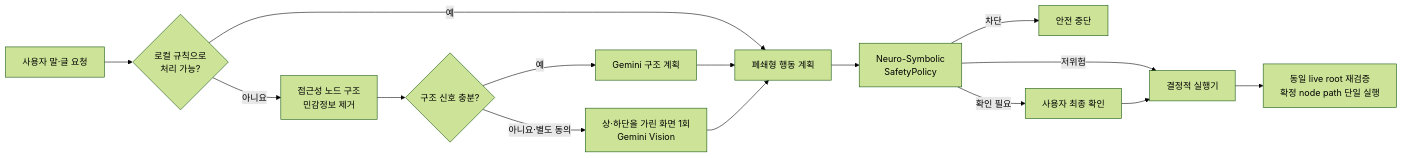
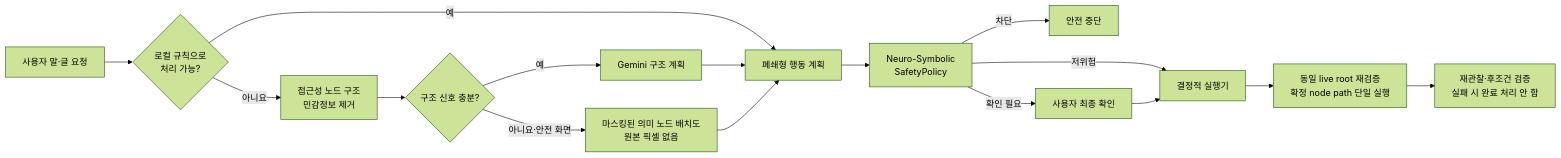
Before and after one commit to hwanghj09/sonju: the diagram in README.md, drawn with Mermaid (forest theme). The commit also changed other lines of this file and 23 other files, not shown here.

````diff
--- a/README.md
+++ b/README.md
@@ -38,17 +40,18 @@
 ```mermaid
 flowchart LR
     U["사용자 말·글 요청"] --> L{"로컬 규칙으로<br/>처리 가능?"}
     L -->|예| P["폐쇄형 행동 계획"]
     L -->|아니요| A["접근성 노드 구조<br/>민감정보 제거"]
     A --> S{"구조 신호 충분?"}
     S -->|예| G["Gemini 구조 계획"]
-    S -->|아니요·별도 동의| V["상·하단을 가린 화면 1회<br/>Gemini Vision"]
+    S -->|아니요·안전 화면| V["마스킹된 의미 노드 배치도<br/>원본 픽셀 없음"]
     G --> P
     V --> P
     P --> N["Neuro-Symbolic<br/>SafetyPolicy"]
     N -->|차단| X["안전 중단"]
     N -->|확인 필요| C["사용자 최종 확인"]
     N -->|저위험| E["결정적 실행기"]
     C --> E
     E --> R["동일 live root 재검증<br/>확정 node path 단일 실행"]
+    R --> O["재관찰·후조건 검증<br/>실패 시 완료 처리 안 함"]
 ```
````
